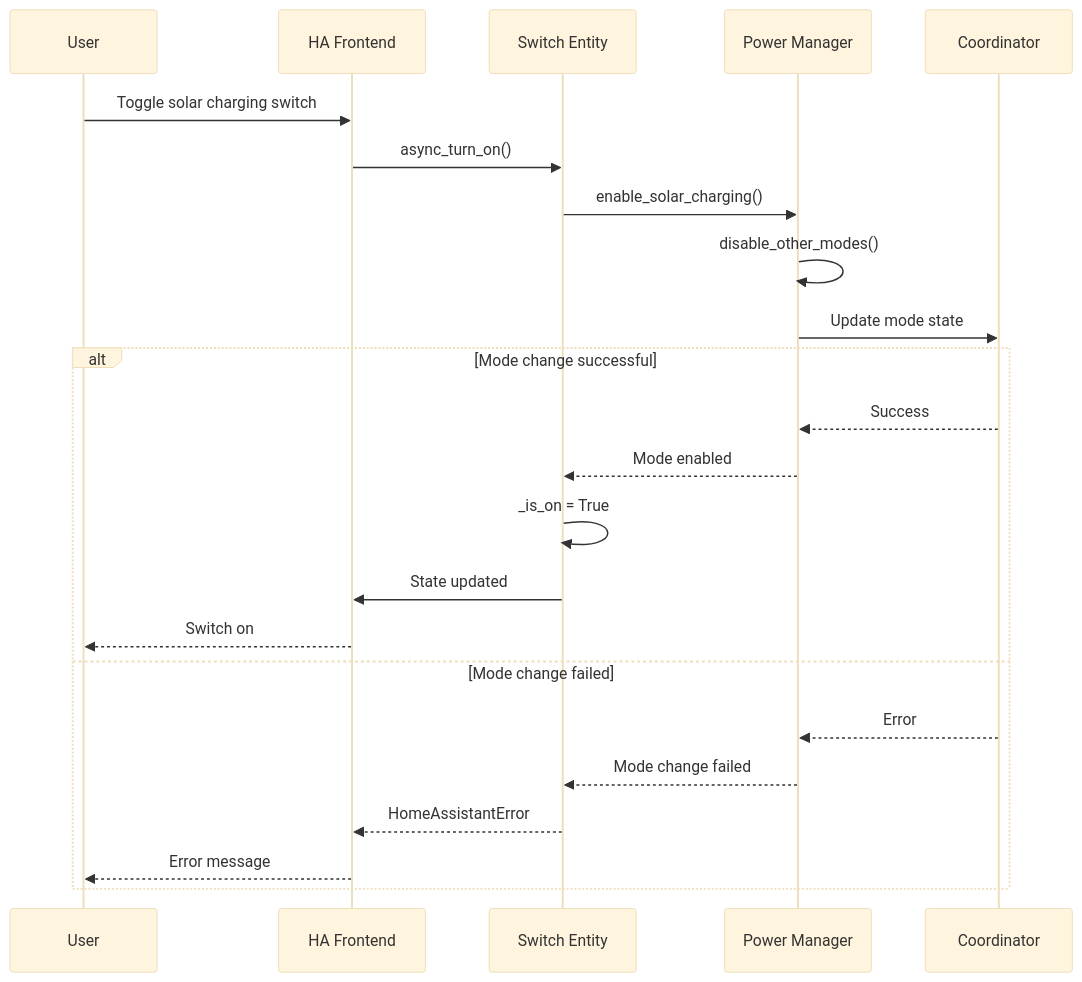
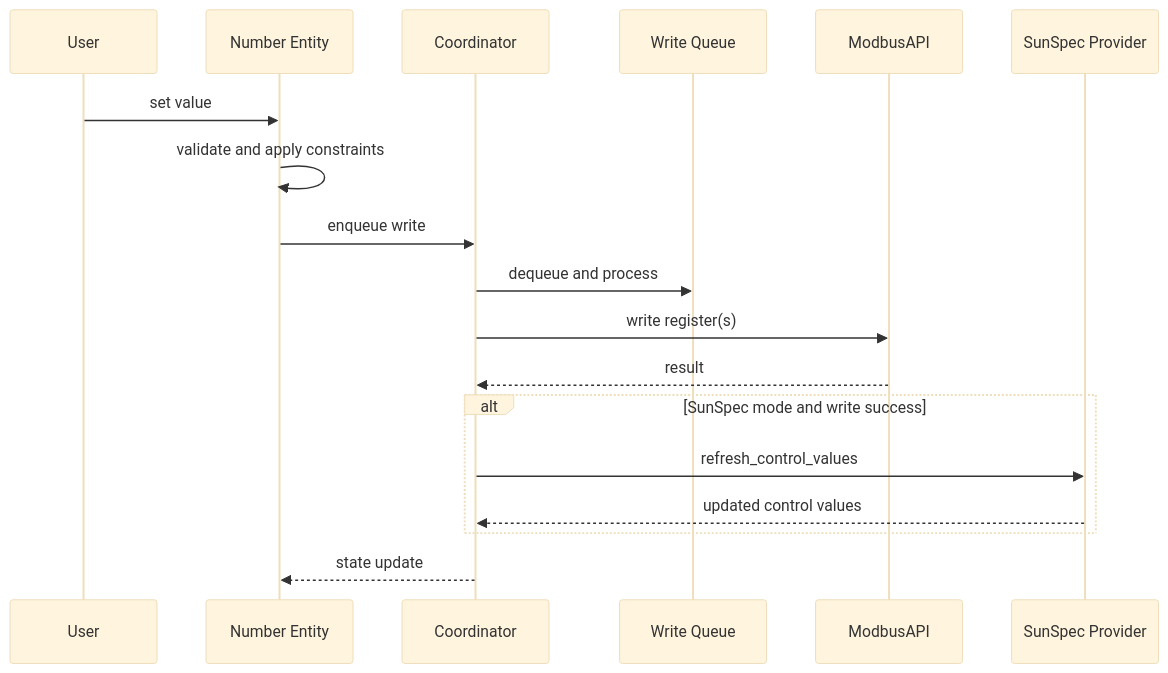
One commit to matfroh/sax_battery_ha changed the second of 4 diagrams in documentation/architecture/data-flow.md. Above: the diagram before and after it, drawn with Mermaid (base theme). The commit also changed other lines of this file and 52 other files, not shown here.

Commit message:
Implement SunSpec mode support

````diff
--- a/documentation/architecture/data-flow.md
+++ b/documentation/architecture/data-flow.md
@@ -175,28 +23,21 @@
 ```mermaid
 sequenceDiagram
-    participant USER as User
-    participant UI as HA Frontend 
-    participant SW as Switch Entity
-    participant PM as Power Manager
-    participant COORD as Coordinator
+    participant U as User
+    participant E as Number Entity
+    participant C as Coordinator
+    participant Q as Write Queue
+    participant M as ModbusAPI
+    participant P as SunSpec Provider
 
-    USER->>UI: Toggle solar charging switch
-    UI->>SW: async_turn_on()
-    
-    SW->>PM: enable_solar_charging()
-    PM->>PM: disable_other_modes()
-    PM->>COORD: Update mode state
-    
-    alt Mode change successful
-        COORD-->>PM: Success
-        PM-->>SW: Mode enabled
-        SW->>SW: _is_on = True
-        SW->>UI: State updated
-        UI-->>USER: Switch on
-    else Mode change failed
-        COORD-->>PM: Error
-        PM-->>SW: Mode change failed
-        SW-->>UI: HomeAssistantError
-        UI-->>USER: Error message
+    U->>E: set value
+    E->>E: validate and apply constraints
+    E->>C: enqueue write
+    C->>Q: dequeue and process
+    C->>M: write register(s)
+    M-->>C: result
+    alt SunSpec mode and write success
+      C->>P: refresh_control_values
+      P-->>C: updated control values
     end
+    C-->>E: state update
 ```
````
